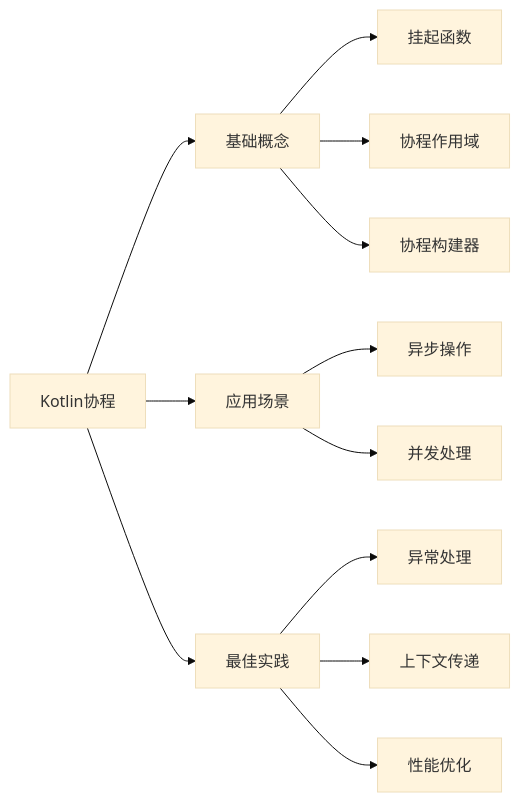
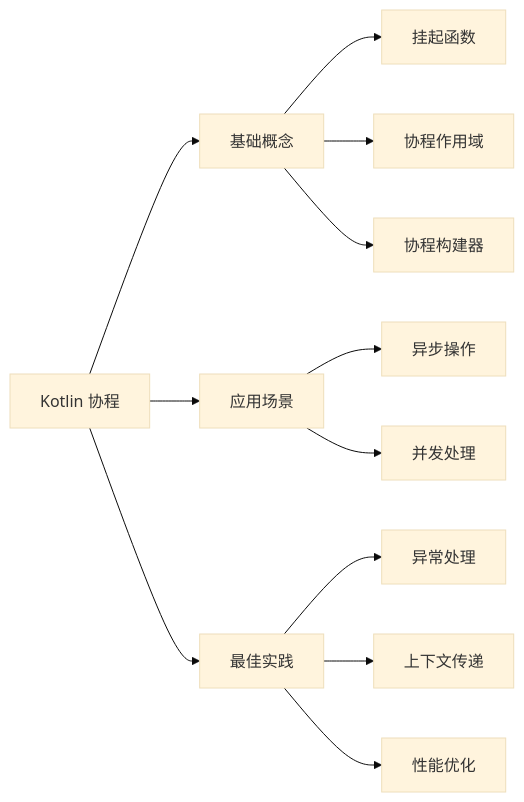
The diagram in prompts/kotlin/kotlin_article_summary_prompt.md (hyh19/ai), drawn with Mermaid (base theme) before and after one commit. The commit also changed other lines of this file and 3 other files, not shown here.

````diff
--- a/prompts/kotlin/kotlin_article_summary_prompt.md
+++ b/prompts/kotlin/kotlin_article_summary_prompt.md
@@ -53,14 +58,14 @@
 ```mermaid
 flowchart LR
-    A[Kotlin协程] --> B[基础概念]
+    A[Kotlin 协程] --> B[基础概念]
     A --> C[应用场景]
     A --> D[最佳实践]
     B --> B1[挂起函数]
     B --> B2[协程作用域]
     B --> B3[协程构建器]
     C --> C1[异步操作]
     C --> C2[并发处理]
     D --> D1[异常处理]
     D --> D2[上下文传递]
     D --> D3[性能优化]
 ```
````
